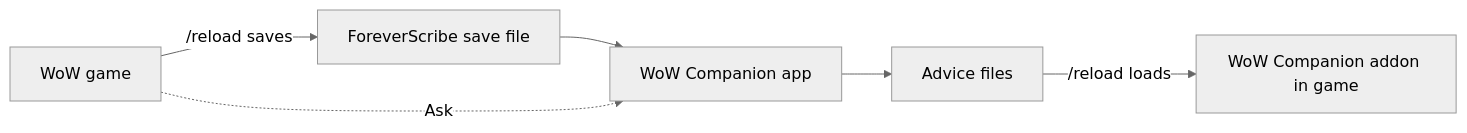
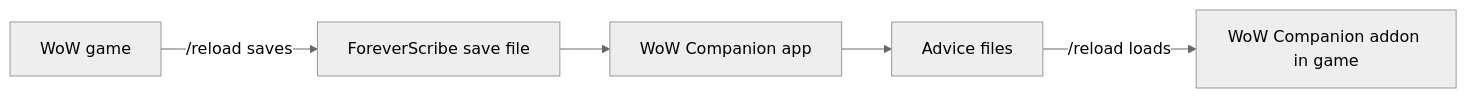
Before and after one commit to WoW-Companion/advisor: the diagram in docs/getting-started.md, drawn with Mermaid (neutral theme). The commit also changed other lines of this file and 6 other files, not shown here.

````diff
--- a/docs/getting-started.md
+++ b/docs/getting-started.md
@@ -21,8 +21,7 @@
 ```mermaid
 flowchart LR
     G[WoW game] -->|/reload saves| S[ForeverScribe save file]
     S --> A[WoW Companion app]
     A --> F[Advice files]
     F -->|/reload loads| D[WoW Companion addon in game]
-    G -.->|Ask| A
 ```
````
